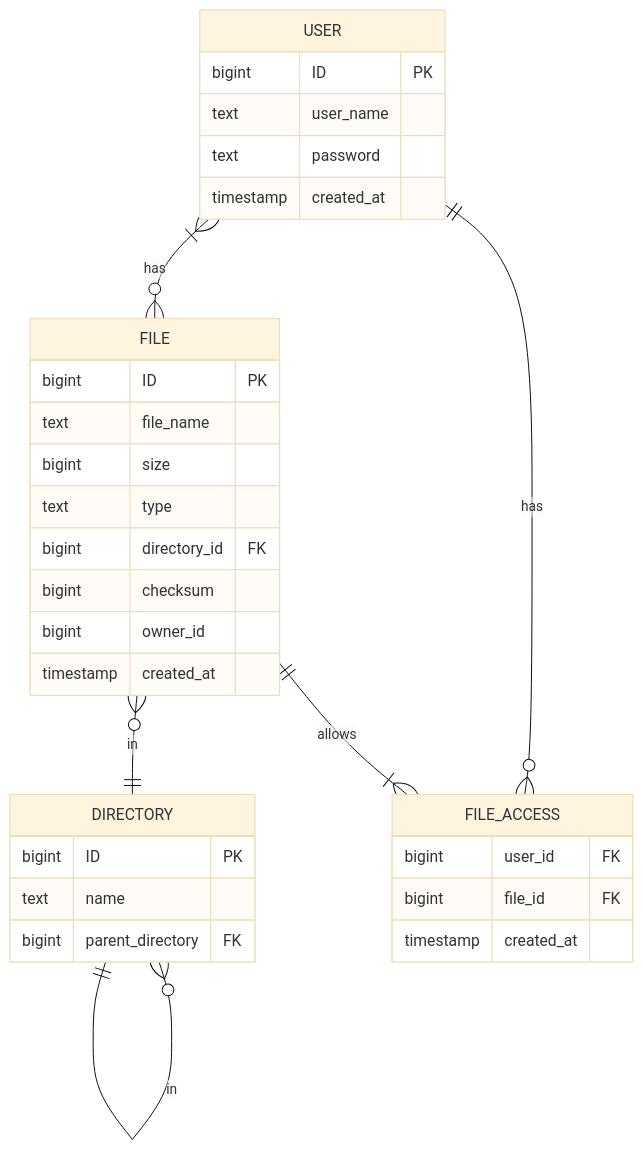
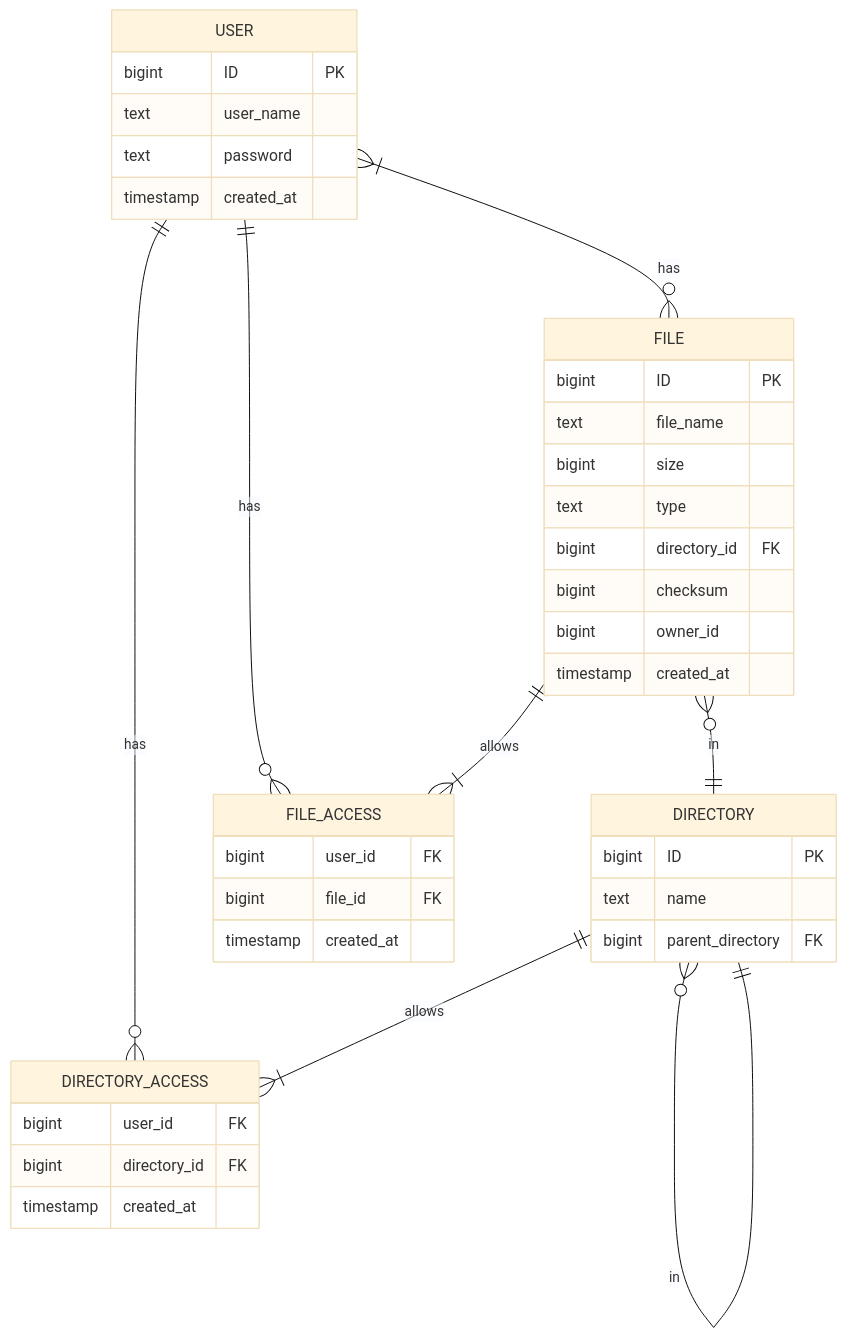
Before and after one commit to SlashLight/highload-cloud: the second of 2 diagrams in README.md, drawn with Mermaid (base theme). The commit also changed other lines of this file, not shown here.

````diff
--- a/README.md
+++ b/README.md
@@ -39,39 +39,46 @@
 ```mermaid
 erDiagram
 USER{
     bigint ID PK
     text user_name
     text password
     timestamp created_at 
 }
 
 FILE{
     bigint ID PK
     text file_name 
     bigint size
     text type
     bigint directory_id FK
     bigint checksum
     bigint owner_id
     timestamp created_at  
 }
 
 DIRECTORY{
     bigint ID PK
     text name
     bigint parent_directory FK
 }
 
 FILE_ACCESS {
     bigint user_id FK
     bigint file_id FK
     timestamp created_at
 }
 
+DIRECTORY_ACCESS {
+    bigint user_id FK
+    bigint directory_id FK
+    timestamp created_at
+}
 
 USER }|--o{ FILE : has
 USER ||--o{ FILE_ACCESS : has
 FILE ||--|{ FILE_ACCESS : allows
 FILE }o--|| DIRECTORY : in
 DIRECTORY }o--|| DIRECTORY : in
+USER ||--o{ DIRECTORY_ACCESS : has
+DIRECTORY ||--|{ DIRECTORY_ACCESS : allows
 ```
````
